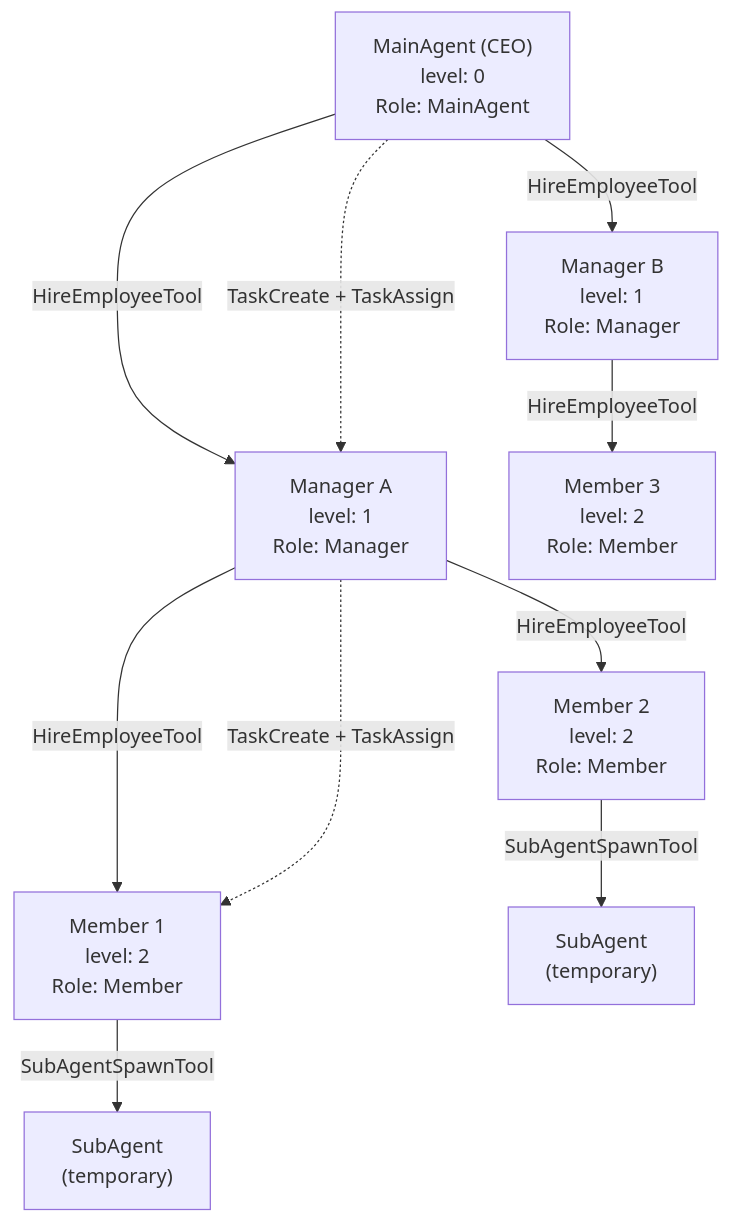
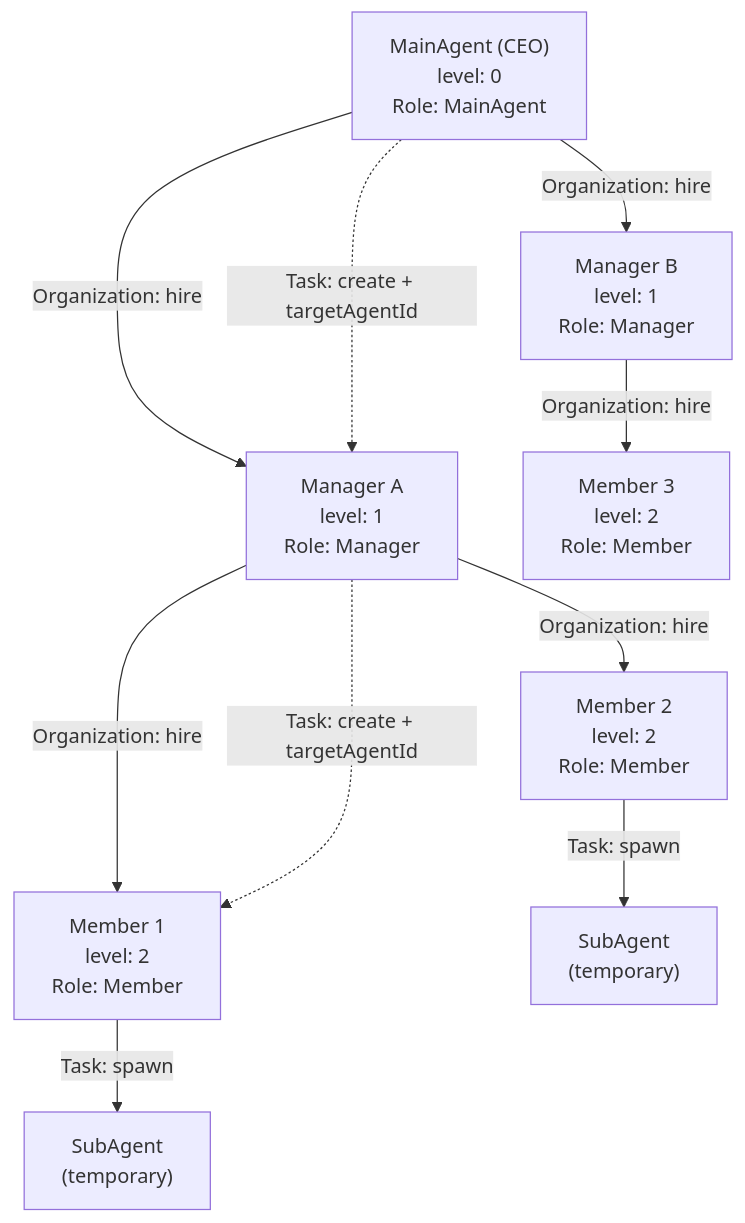
Before and after one commit to AnoCod/AnoClaw: the third of 5 diagrams in AGENTS.md, drawn with Mermaid. The commit also changed other lines of this file and 62 other files, not shown here.

````diff
--- a/AGENTS.md
+++ b/AGENTS.md
@@ -214,22 +214,22 @@
 ```mermaid
 graph TB
     CEO["MainAgent (CEO)<br/>level: 0<br/>Role: MainAgent"]
     MGR1["Manager A<br/>level: 1<br/>Role: Manager"]
     MGR2["Manager B<br/>level: 1<br/>Role: Manager"]
     MEM1["Member 1<br/>level: 2<br/>Role: Member"]
     MEM2["Member 2<br/>level: 2<br/>Role: Member"]
     MEM3["Member 3<br/>level: 2<br/>Role: Member"]
     SA1["SubAgent<br/>(temporary)"]
     SA2["SubAgent<br/>(temporary)"]
 
-    CEO -->|"HireEmployeeTool"| MGR1
-    CEO -->|"HireEmployeeTool"| MGR2
-    MGR1 -->|"HireEmployeeTool"| MEM1
-    MGR1 -->|"HireEmployeeTool"| MEM2
-    MGR2 -->|"HireEmployeeTool"| MEM3
-    MEM1 -->|"SubAgentSpawnTool"| SA1
-    MEM2 -->|"SubAgentSpawnTool"| SA2
+    CEO -->|"Organization: hire"| MGR1
+    CEO -->|"Organization: hire"| MGR2
+    MGR1 -->|"Organization: hire"| MEM1
+    MGR1 -->|"Organization: hire"| MEM2
+    MGR2 -->|"Organization: hire"| MEM3
+    MEM1 -->|"Task: spawn"| SA1
+    MEM2 -->|"Task: spawn"| SA2
 
-    CEO -..->|"TaskCreate + TaskAssign"| MGR1
-    MGR1 -..->|"TaskCreate + TaskAssign"| MEM1
+    CEO -..->|"Task: create + targetAgentId"| MGR1
+    MGR1 -..->|"Task: create + targetAgentId"| MEM1
 ```
````
